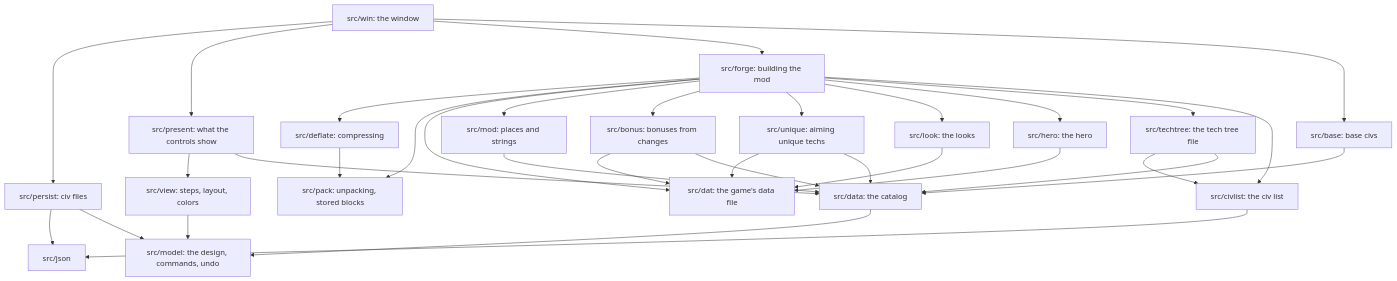
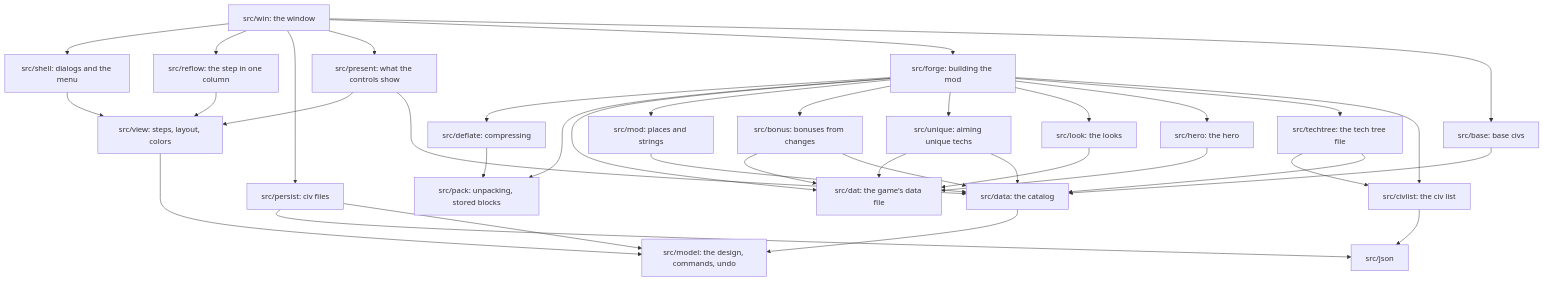
The diagram in documentation/MAINTAINER.md (cnordenb/civeditor), drawn with Mermaid before and after one commit. The commit also changed other lines of this file and 171 other files, not shown here.

````diff
--- a/documentation/MAINTAINER.md
+++ b/documentation/MAINTAINER.md
@@ -89,35 +89,39 @@
 ```mermaid
 flowchart TD
-    win["src/win: the window"] --> persist["src/persist: civ files"]
+    win["src/win: the window"] --> shell["src/shell: dialogs and the menu"]
+    win --> reflow["src/reflow: the step in one column"]
+    reflow --> view
+    shell --> view
+    win --> persist["src/persist: civ files"]
     win --> present["src/present: what the controls show"]
     win --> forge["src/forge: building the mod"]
     win --> base["src/base: base civs"]
     base --> data
     persist --> json["src/json"]
     present --> view["src/view: steps, layout, colors"]
     forge --> deflate["src/deflate: compressing"]
     deflate --> pack["src/pack: unpacking, stored blocks"]
     forge --> pack
     forge --> dat["src/dat: the game's data file"]
     forge --> mod["src/mod: places and strings"]
     forge --> bonus["src/bonus: bonuses from changes"]
     bonus --> dat
     bonus --> data
     forge --> unique["src/unique: aiming unique techs"]
     unique --> dat
     unique --> data
     forge --> look["src/look: the looks"]
     look --> dat
     forge --> hero["src/hero: the hero"]
     hero --> dat
     forge --> techtree["src/techtree: the tech tree file"]
     techtree --> civlist["src/civlist: the civ list"]
     techtree --> data
     forge --> civlist
     civlist --> json
     mod --> data["src/data: the catalog"]
     present --> data
     persist --> model["src/model: the design, commands, undo"]
     view --> model
     data --> model
 ```
````
